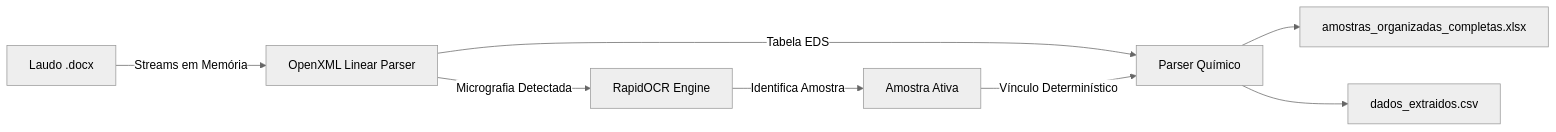
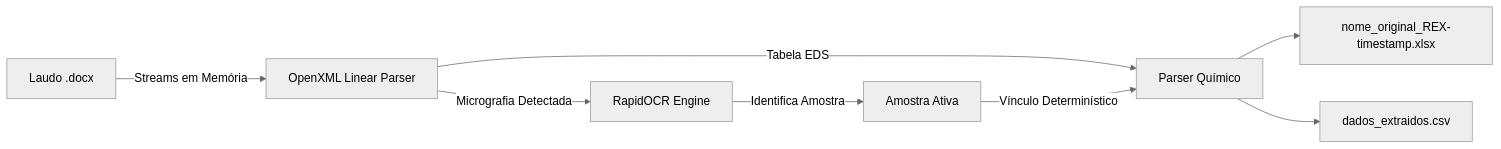
One commit to rodrigofpo/rex changed the diagram in README.md. Above: the diagram before and after it, drawn with Mermaid (neutral theme). The commit also changed other lines of this file and 6 other files, not shown here.

````diff
--- a/README.md
+++ b/README.md
@@ -90,10 +91,10 @@
 ```mermaid
 flowchart LR
     A[Laudo .docx] -->|Streams em Memória| B[OpenXML Linear Parser]
     B -->|Micrografia Detectada| C[RapidOCR Engine]
     C -->|Identifica Amostra| D[Amostra Ativa]
     B -->|Tabela EDS| E[Parser Químico]
     D -->|Vínculo Determinístico| E
-    E --> F[amostras_organizadas_completas.xlsx]
+    E --> F[nome_original_REX-timestamp.xlsx]
     E --> G[dados_extraidos.csv]
 ```
````
